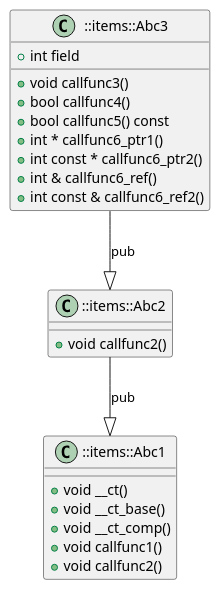
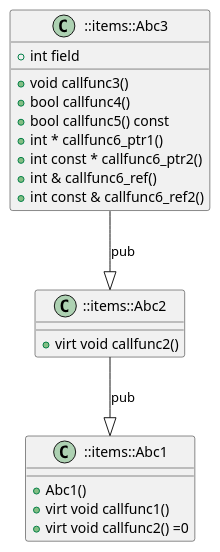
One commit to anetczuk/gcc-uml changed the diagram in examples/inherit/inherit_meths.cpp.puml. Above: the diagram before and after it, drawn with PlantUML. The commit also changed 9 other files, not shown here.

```diff
--- a/examples/inherit/inherit_meths.cpp.puml
+++ b/examples/inherit/inherit_meths.cpp.puml
@@ -1,29 +1,27 @@
 @startuml
 
 class "::items::Abc3" as item_0 {
     {field} + int field
     {method} + void callfunc3() 
     {method} + bool callfunc4() 
     {method} + bool callfunc5() const
     {method} + int * callfunc6_ptr1() 
     {method} + int const * callfunc6_ptr2() 
     {method} + int & callfunc6_ref() 
     {method} + int const & callfunc6_ref2() 
 }
 class "::items::Abc2" as item_1 {
-    {method} + void callfunc2() 
+    {method} +virt void callfunc2() 
 }
 class "::items::Abc1" as item_2 {
-    {method} + void __ct() 
-    {method} + void __ct_base() 
-    {method} + void __ct_comp() 
-    {method} + void callfunc1() 
-    {method} + void callfunc2() 
+    {method} +  Abc1() 
+    {method} +virt void callfunc1() 
+    {method} +virt void callfunc2() =0
 }
 
 ' ::items::Abc3 --|> ::items::Abc2
 item_0 --|> item_1: "pub"
 ' ::items::Abc2 --|> ::items::Abc1
 item_1 --|> item_2: "pub"
 
 @enduml
```
